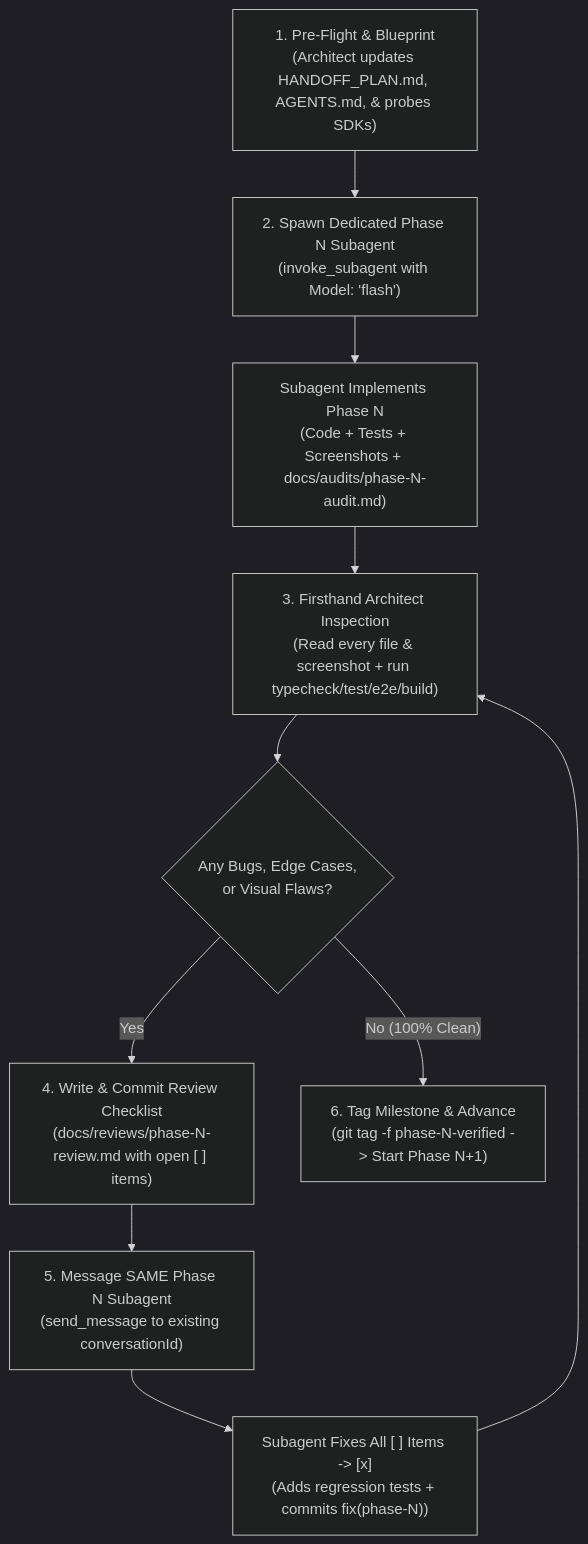
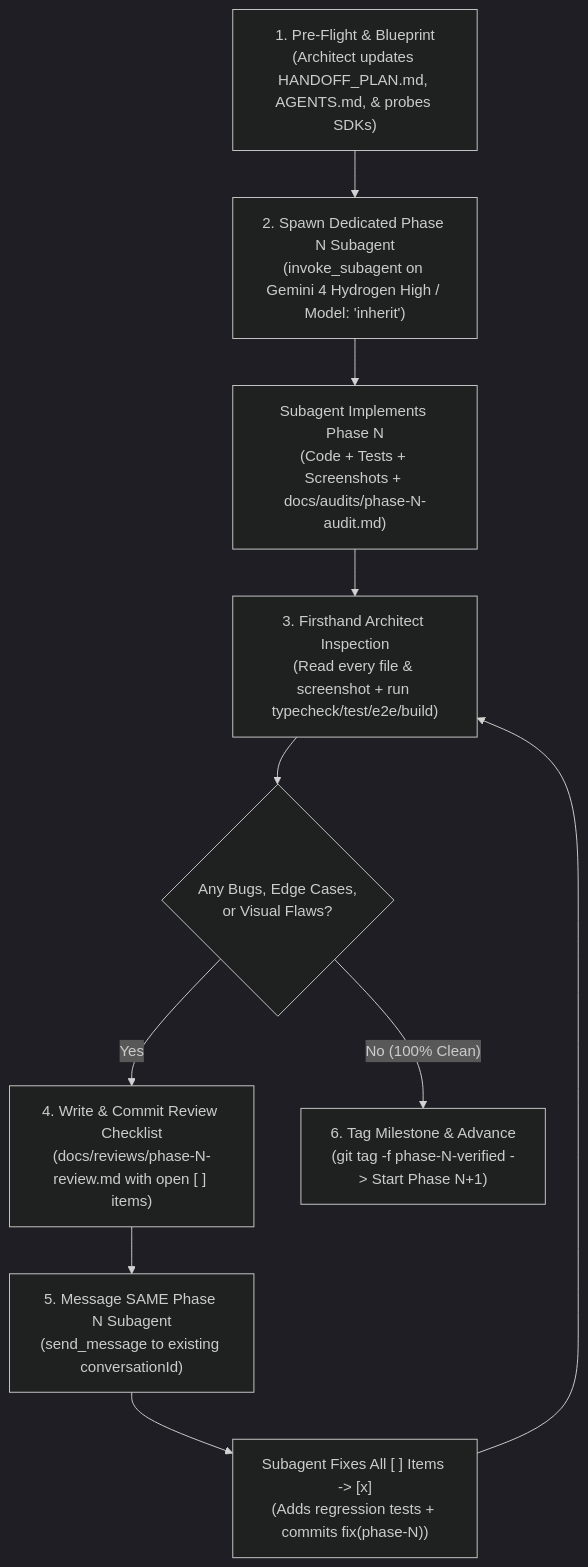
One commit to Jeonkwan/story-wizard changed the diagram in SUBAGENT_ORCHESTRATION_PLAYBOOK.md. Above: the diagram before and after it, drawn with Mermaid (dark theme). The commit also changed other lines of this file and 18 other files, not shown here.

Commit message:
feat(phase-16): switch text LLM to gemini-4-hydrogen LOW thinking and update subagent docs

````diff
--- a/SUBAGENT_ORCHESTRATION_PLAYBOOK.md
+++ b/SUBAGENT_ORCHESTRATION_PLAYBOOK.md
@@ -29,12 +29,12 @@
 ```mermaid
 flowchart TD
-    A["1. Pre-Flight & Blueprint<br/>(Architect updates HANDOFF_PLAN.md, AGENTS.md, & probes SDKs)"] --> B["2. Spawn Dedicated Phase N Subagent<br/>(invoke_subagent with Model: 'flash')"]
+    A["1. Pre-Flight & Blueprint<br/>(Architect updates HANDOFF_PLAN.md, AGENTS.md, & probes SDKs)"] --> B["2. Spawn Dedicated Phase N Subagent<br/>(invoke_subagent on Gemini 4 Hydrogen High / Model: 'inherit')"]
     B --> C["Subagent Implements Phase N<br/>(Code + Tests + Screenshots + docs/audits/phase-N-audit.md)"]
     C --> D["3. Firsthand Architect Inspection<br/>(Read every file & screenshot + run typecheck/test/e2e/build)"]
     D --> E{"Any Bugs, Edge Cases,<br/>or Visual Flaws?"}
     E -- "Yes" --> F["4. Write & Commit Review Checklist<br/>(docs/reviews/phase-N-review.md with open [ ] items)"]
     F --> G["5. Message SAME Phase N Subagent<br/>(send_message to existing conversationId)"]
     G --> H["Subagent Fixes All [ ] Items -> [x]<br/>(Adds regression tests + commits fix(phase-N))"]
     H --> D
     E -- "No (100% Clean)" --> I["6. Tag Milestone & Advance<br/>(git tag -f phase-N-verified -> Start Phase N+1)"]
 ```
````
